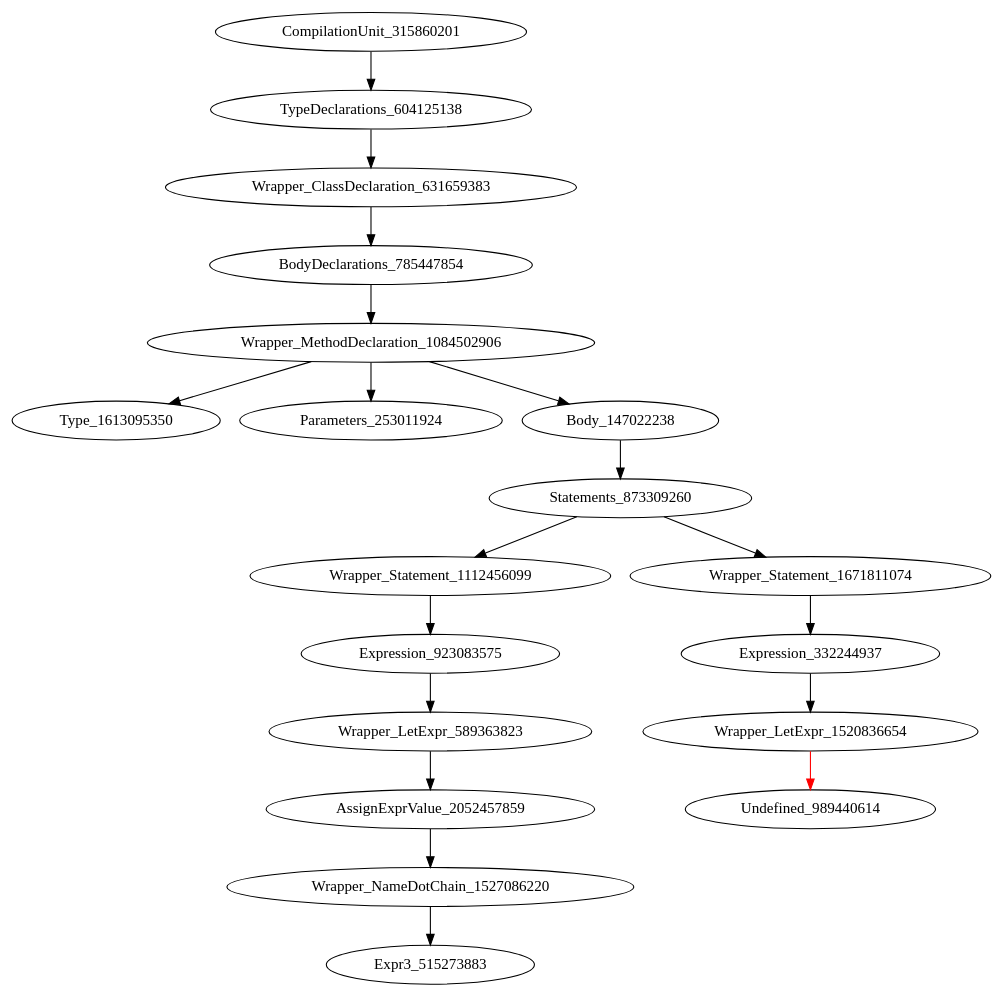
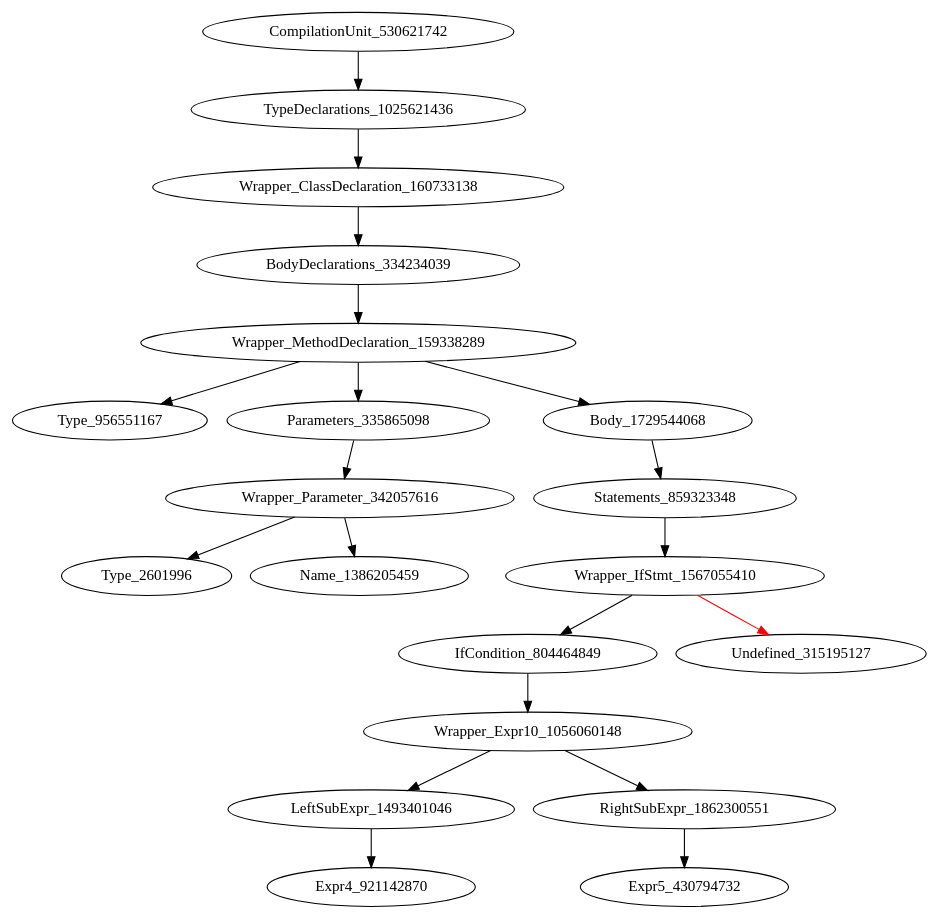
Before and after one commit to icse2023material/VoiceJava: the diagram in holeAST.dot, drawn with Graphviz. The commit also changed 4 other files, not shown here.

```diff
--- a/holeAST.dot
+++ b/holeAST.dot
@@ -1,20 +1,21 @@
 digraph {
-CompilationUnit_315860201 -> TypeDeclarations_604125138
-TypeDeclarations_604125138 -> Wrapper_ClassDeclaration_631659383
-Wrapper_ClassDeclaration_631659383 -> BodyDeclarations_785447854
-BodyDeclarations_785447854 -> Wrapper_MethodDeclaration_1084502906
-Wrapper_MethodDeclaration_1084502906 -> Type_1613095350
-Wrapper_MethodDeclaration_1084502906 -> Parameters_253011924
-Wrapper_MethodDeclaration_1084502906 -> Body_147022238
-Body_147022238 -> Statements_873309260
-Statements_873309260 -> Wrapper_Statement_1112456099
-Statements_873309260 -> Wrapper_Statement_1671811074
-Wrapper_Statement_1112456099 -> Expression_923083575
-Wrapper_Statement_1671811074 -> Expression_332244937
-Expression_923083575 -> Wrapper_LetExpr_589363823
-Expression_332244937 -> Wrapper_LetExpr_1520836654
-Wrapper_LetExpr_589363823 -> AssignExprValue_2052457859
-Wrapper_LetExpr_1520836654 -> Undefined_989440614 [color = red] 
-AssignExprValue_2052457859 -> Wrapper_NameDotChain_1527086220
-Wrapper_NameDotChain_1527086220 -> Expr3_515273883
+CompilationUnit_530621742 -> TypeDeclarations_1025621436
+TypeDeclarations_1025621436 -> Wrapper_ClassDeclaration_160733138
+Wrapper_ClassDeclaration_160733138 -> BodyDeclarations_334234039
+BodyDeclarations_334234039 -> Wrapper_MethodDeclaration_159338289
+Wrapper_MethodDeclaration_159338289 -> Type_956551167
+Wrapper_MethodDeclaration_159338289 -> Parameters_335865098
+Wrapper_MethodDeclaration_159338289 -> Body_1729544068
+Parameters_335865098 -> Wrapper_Parameter_342057616
+Body_1729544068 -> Statements_859323348
+Wrapper_Parameter_342057616 -> Type_2601996
+Wrapper_Parameter_342057616 -> Name_1386205459
+Statements_859323348 -> Wrapper_IfStmt_1567055410
+Wrapper_IfStmt_1567055410 -> IfCondition_804464849
+Wrapper_IfStmt_1567055410 -> Undefined_315195127 [color = red] 
+IfCondition_804464849 -> Wrapper_Expr10_1056060148
+Wrapper_Expr10_1056060148 -> LeftSubExpr_1493401046
+Wrapper_Expr10_1056060148 -> RightSubExpr_1862300551
+LeftSubExpr_1493401046 -> Expr4_921142870
+RightSubExpr_1862300551 -> Expr5_430794732
 }
```
